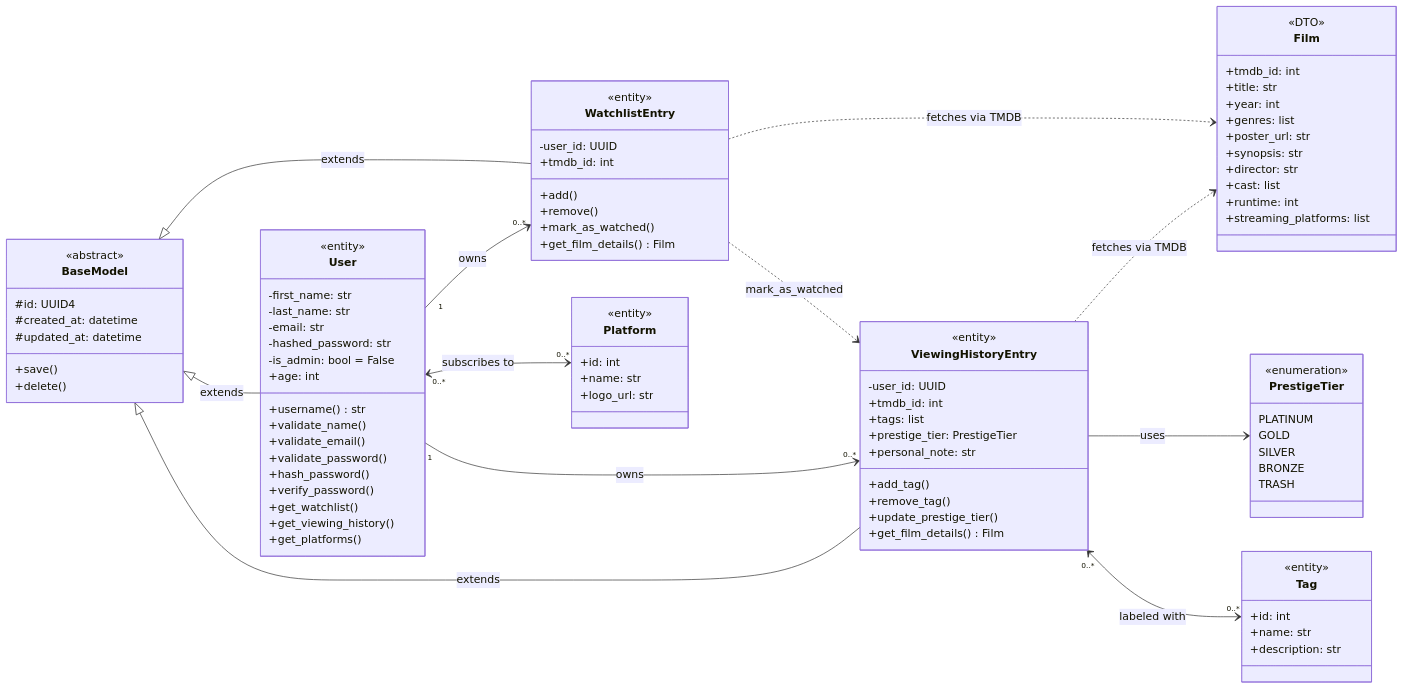
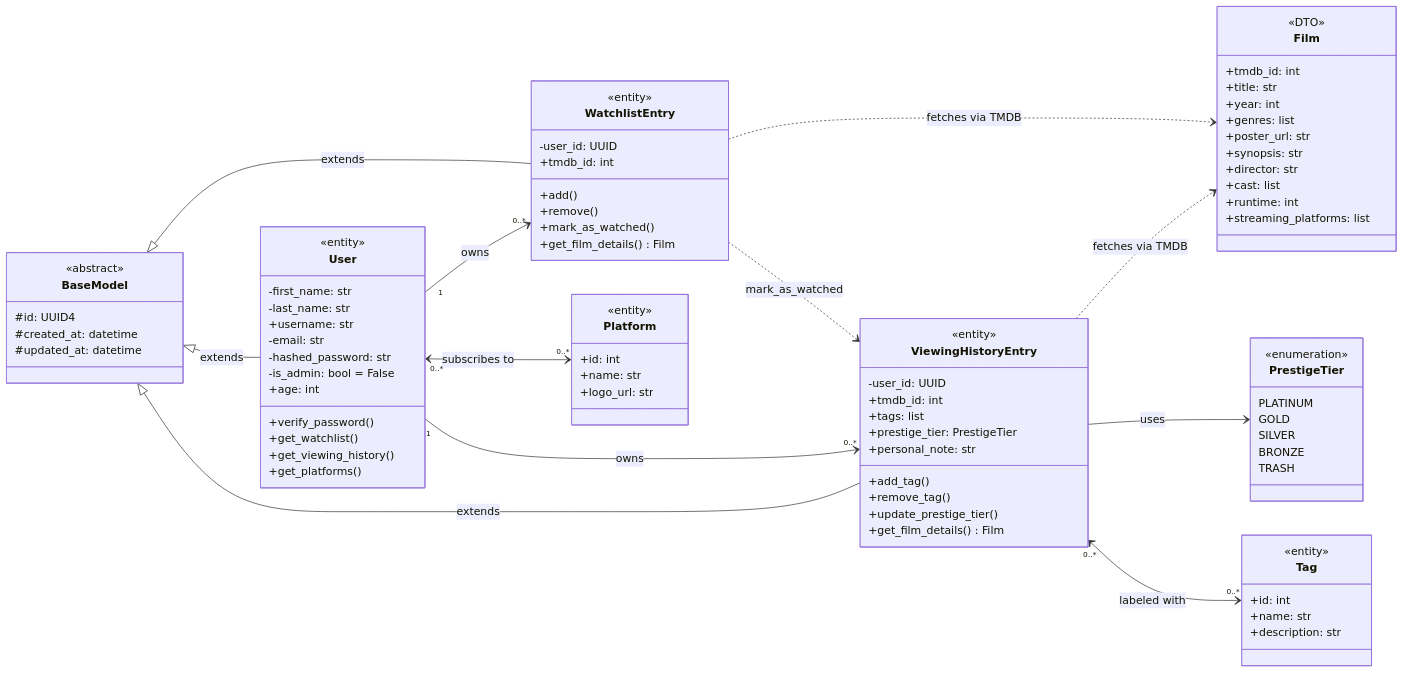
Before and after one commit to FelixBesancon/holbertonschool-CineMood: the diagram in docs/diagrams/ClassDiagram.md, drawn with Mermaid. The commit also changed other lines of this file and 7 other files, not shown here.

```diff
--- a/docs/diagrams/ClassDiagram.md
+++ b/docs/diagrams/ClassDiagram.md
@@ -264,23 +262,17 @@
     #id: UUID4
     #created_at: datetime
     #updated_at: datetime
-    +save()
-    +delete()
 }
 
 class User {
     <<entity>>
     -first_name: str
     -last_name: str
+    +username: str
     -email: str
     -hashed_password: str
     -is_admin: bool = False
     +age: int
-    +username() str
-    +validate_name()
-    +validate_email()
-    +validate_password()
-    +hash_password()
     +verify_password()
     +get_watchlist()
     +get_viewing_history()
```
